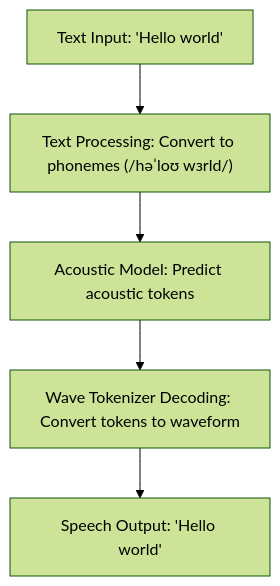
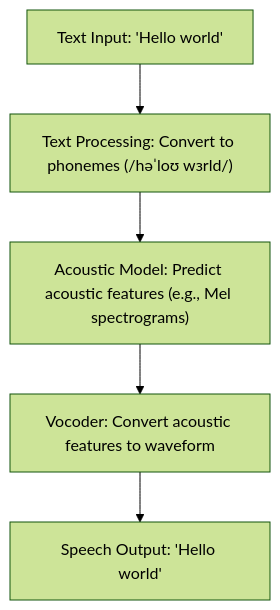
The diagram in conversational/conversational.md (cshbli/ML-CV-AI), drawn with Mermaid (forest theme) before and after one commit. The commit also changed other lines of this file, not shown here.

````diff
--- a/conversational/conversational.md
+++ b/conversational/conversational.md
@@ -56,7 +56,7 @@
 ```mermaid
 graph TD;
     A["Text Input: 'Hello world'"] --> B["Text Processing: Convert to phonemes (/həˈloʊ wɜrld/)"];
-    B --> C["Acoustic Model: Predict acoustic tokens"];
-    C --> D["Wave Tokenizer Decoding: Convert tokens to waveform"];
+    B --> C["Acoustic Model: Predict acoustic features (e.g., Mel spectrograms)"];
+    C --> D["Vocoder: Convert acoustic features to waveform"];
     D --> E["Speech Output: 'Hello world'"];
 ```
````
